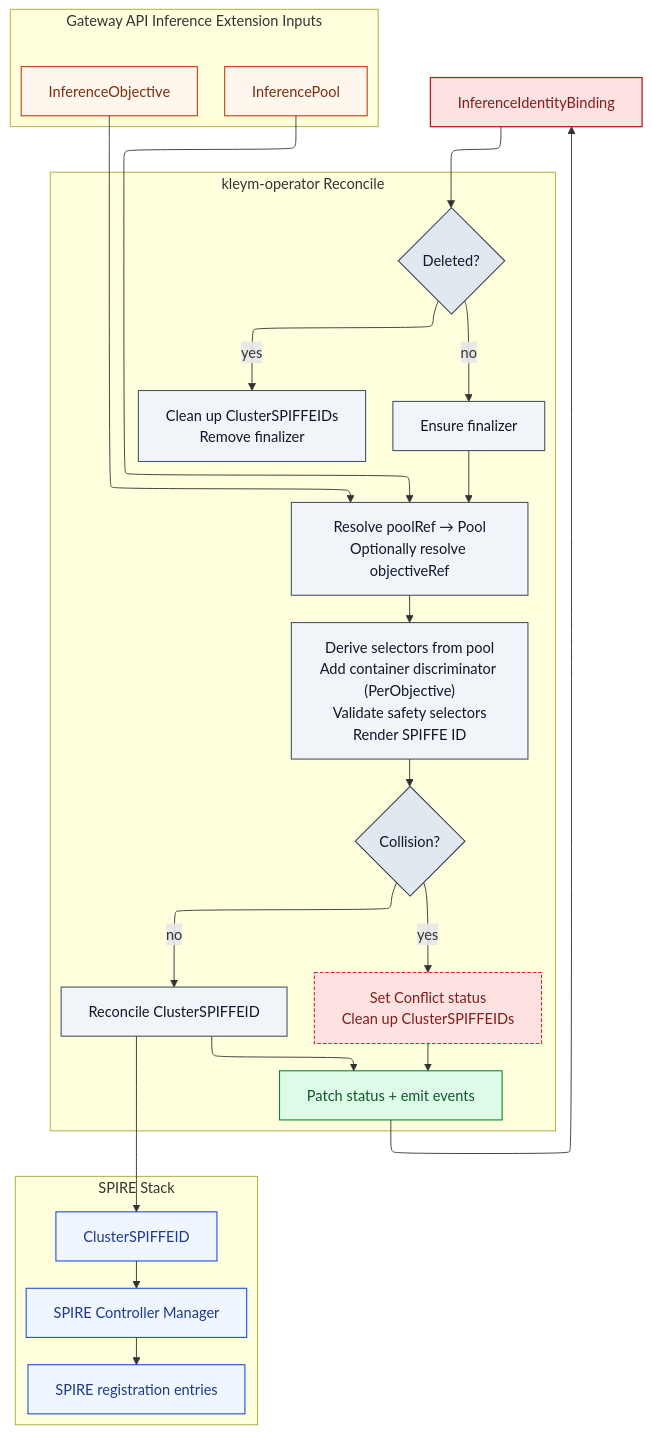
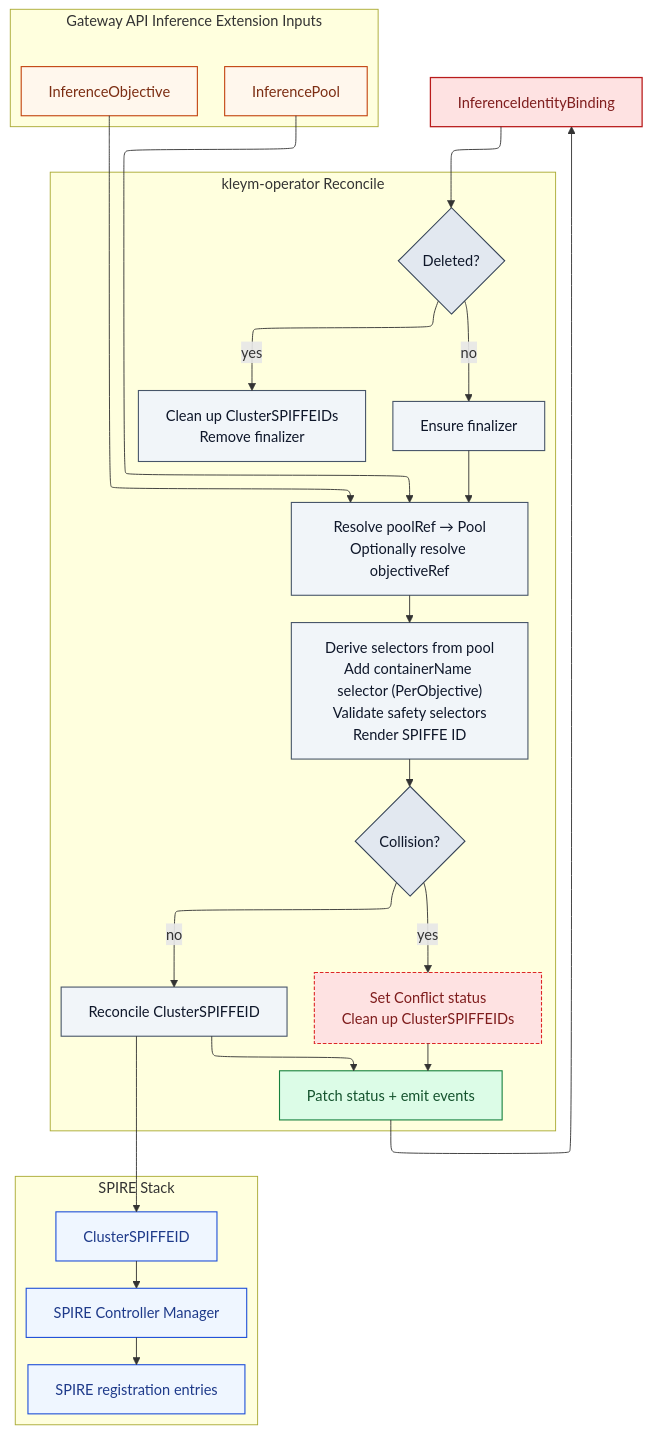
One commit to sonda-red/kleym changed the diagram in README.md. Above: the diagram before and after it, drawn with Mermaid. The commit also changed 52 other files, not shown here.

````diff
--- a/README.md
+++ b/README.md
@@ -110,57 +110,57 @@
 ```mermaid
 ---
 config:
   layout: elk
 ---
 flowchart TD
     B["InferenceIdentityBinding"]
 
     subgraph GAIE["Gateway API Inference Extension Inputs"]
         O["InferenceObjective"]
         P["InferencePool"]
     end
 
     subgraph Reconcile["kleym-operator Reconcile"]
         D1{"Deleted?"}
         D1Y["Clean up ClusterSPIFFEIDs\nRemove finalizer"]
         F["Ensure finalizer"]
         RESOLVE["Resolve poolRef → Pool\nOptionally resolve objectiveRef"]
-        RENDER["Derive selectors from pool\nAdd container discriminator (PerObjective)\nValidate safety selectors\nRender SPIFFE ID"]
+        RENDER["Derive selectors from pool\nAdd containerName selector (PerObjective)\nValidate safety selectors\nRender SPIFFE ID"]
         COL{"Collision?"}
         COLY["Set Conflict status\nClean up ClusterSPIFFEIDs"]
         APPLY["Reconcile ClusterSPIFFEID"]
         STATUS["Patch status + emit events"]
     end
 
     subgraph SPIRE["SPIRE Stack"]
         CS["ClusterSPIFFEID"]
         SCM["SPIRE Controller Manager"]
         SR["SPIRE registration entries"]
     end
 
     B --> D1
     D1 -->|yes| D1Y
     D1 -->|no| F --> RESOLVE
     O & P --> RESOLVE
     RESOLVE --> RENDER --> COL
     COL -->|yes| COLY --> STATUS
     COL -->|no| APPLY --> STATUS
     APPLY --> CS --> SCM --> SR
     STATUS --> B
 
     classDef binding fill:#fee2e2,stroke:#b91c1c,color:#7f1d1d,stroke-width:1.4px
     classDef gaie fill:#fff7ed,stroke:#c2410c,color:#7c2d12,stroke-width:1.2px
     classDef controller fill:#f1f5f9,stroke:#475569,color:#0f172a,stroke-width:1.2px
     classDef gate fill:#e2e8f0,stroke:#334155,color:#0f172a,stroke-width:1.2px
     classDef status fill:#dcfce7,stroke:#15803d,color:#14532d,stroke-width:1.2px
     classDef warning fill:#fee2e2,stroke:#dc2626,color:#7f1d1d,stroke-width:1.2px,stroke-dasharray:4 2
     classDef spire fill:#eff6ff,stroke:#1d4ed8,color:#1e3a8a,stroke-width:1.2px
 
     class B binding
     class O,P gaie
     class D1,COL gate
     class D1Y,F,RESOLVE,RENDER,APPLY controller
     class STATUS status
     class COLY warning
     class CS,SCM,SR spire
 ```
````
